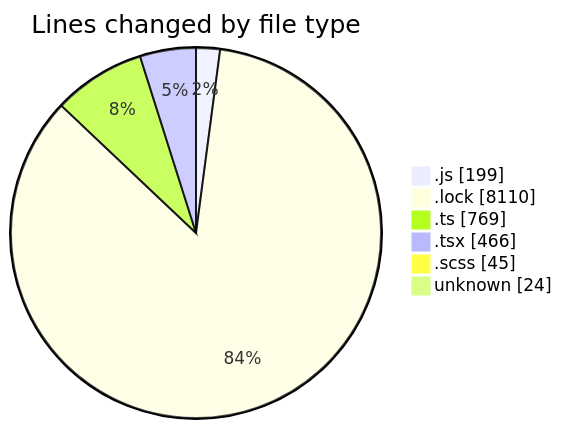
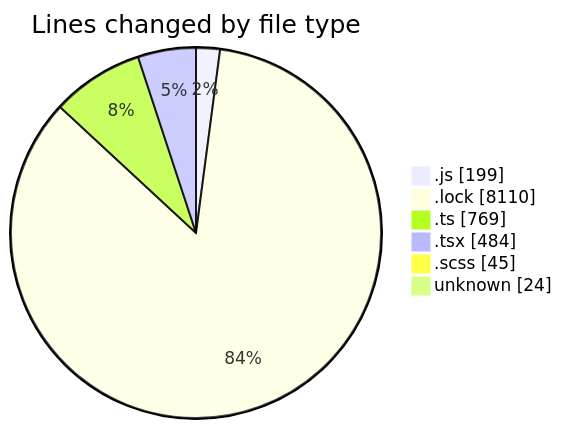
Before and after one commit to momahboobian/code-tracking: the first of 2 diagrams in 2025-02-07/cda/README.md, drawn with Mermaid. The commit also changed other lines of this file and 1 other file, not shown here.

````diff
--- a/2025-02-07/cda/README.md
+++ b/2025-02-07/cda/README.md
@@ -48,10 +48,10 @@
 ```mermaid
 pie showData
 title Lines changed by file type
 ".js" : 199
 ".lock" : 8110
 ".ts" : 769
-".tsx" : 466
+".tsx" : 484
 ".scss" : 45
 "unknown" : 24
 ```
````
